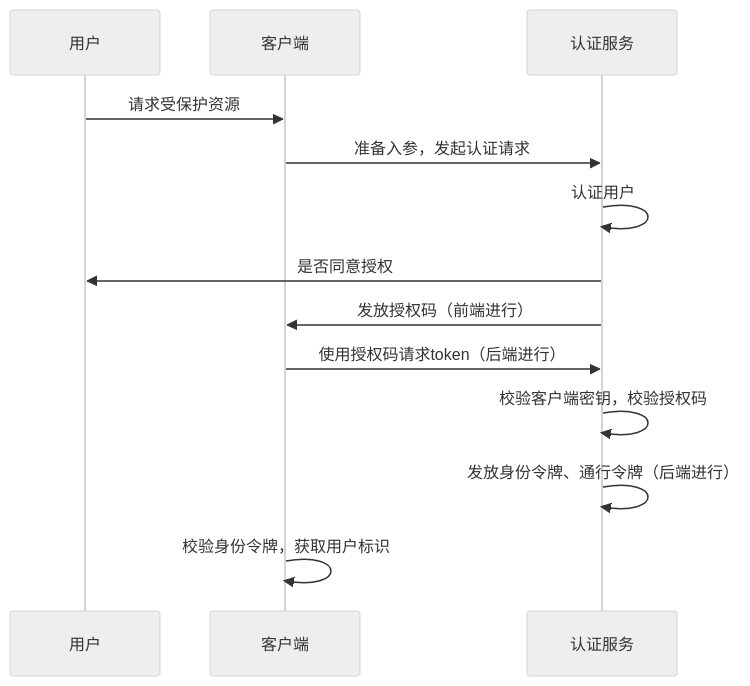
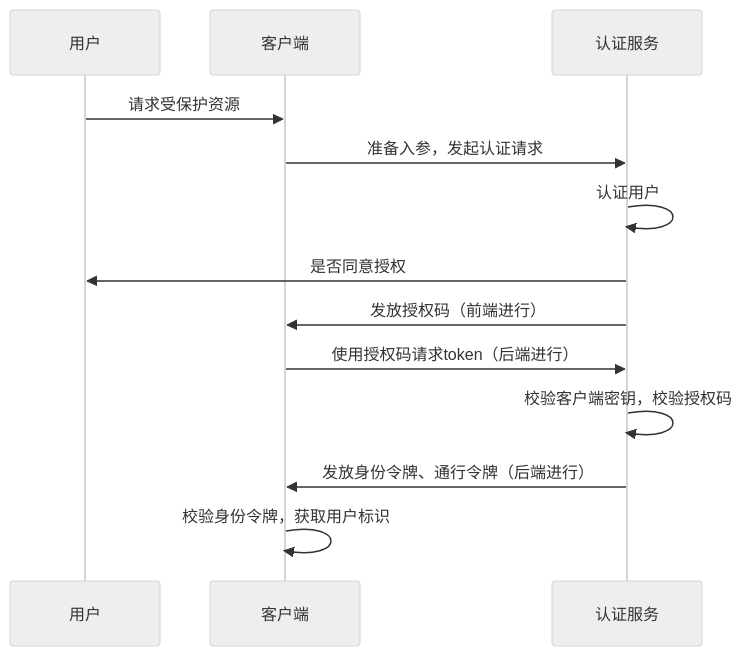
One commit to holdengong/blog changed the diagram in content/IdentityServer4源码解析_3_认证接口.md. Above: the diagram before and after it, drawn with Mermaid (neutral theme). The commit also changed other lines of this file and 4 other files, not shown here.

```diff
--- a/content/IdentityServer4源码解析_3_认证接口.md
+++ b/content/IdentityServer4源码解析_3_认证接口.md
@@ -43,12 +43,12 @@
 <div class="mermaid">
 sequenceDiagram
     用户->>客户端: 请求受保护资源
     客户端->>认证服务: 准备入参，发起认证请求
     认证服务->>认证服务: 认证用户
     认证服务->>用户: 是否同意授权
     认证服务->>客户端: 发放授权码（前端进行）
     客户端->>认证服务: 使用授权码请求token（后端进行）
     认证服务->>认证服务: 校验客户端密钥，校验授权码
-    认证服务->>认证服务: 发放身份令牌、通行令牌（后端进行）
+    认证服务->>客户端: 发放身份令牌、通行令牌（后端进行）
     客户端->>客户端: 校验身份令牌，获取用户标识
 </div>
```
